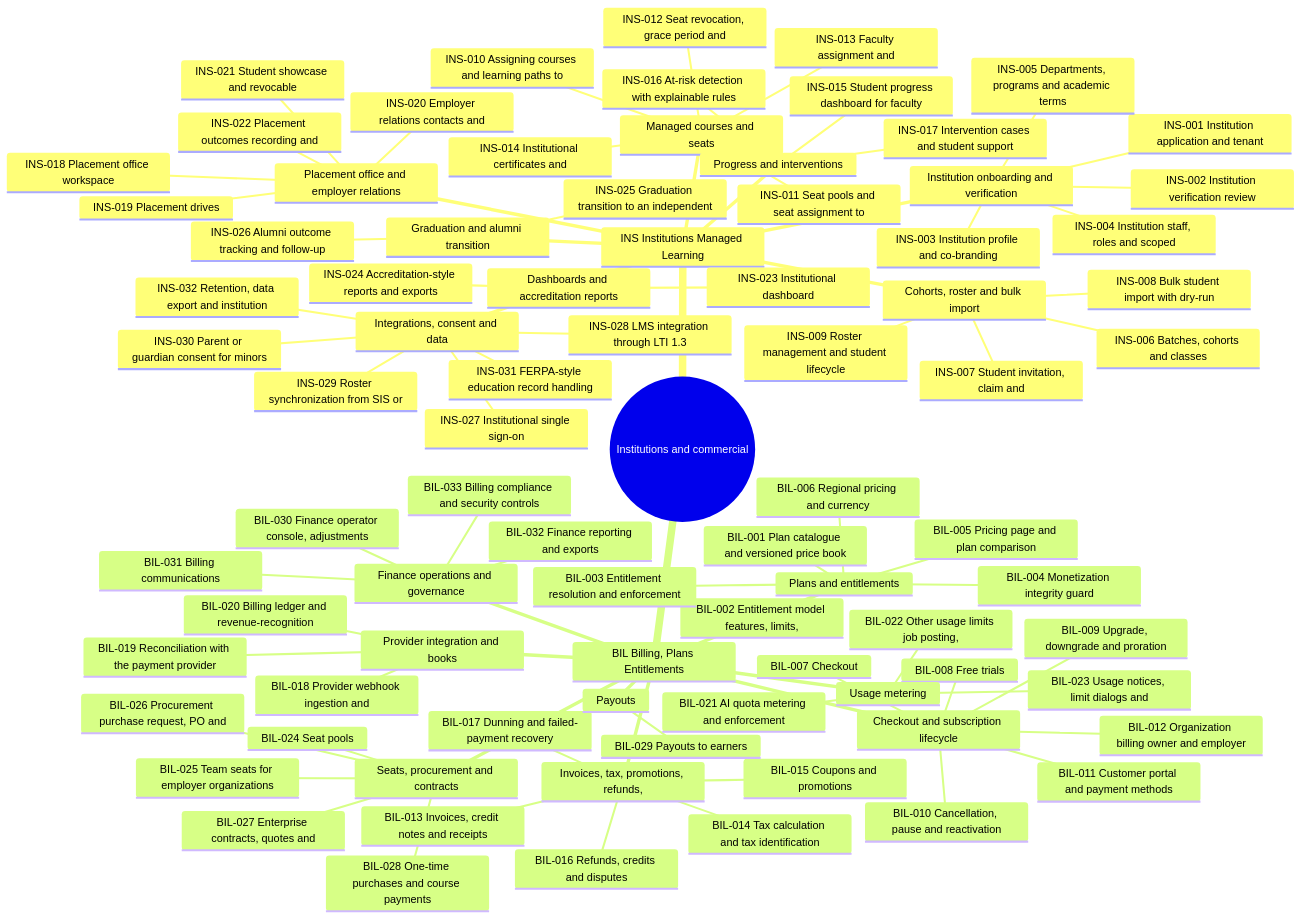
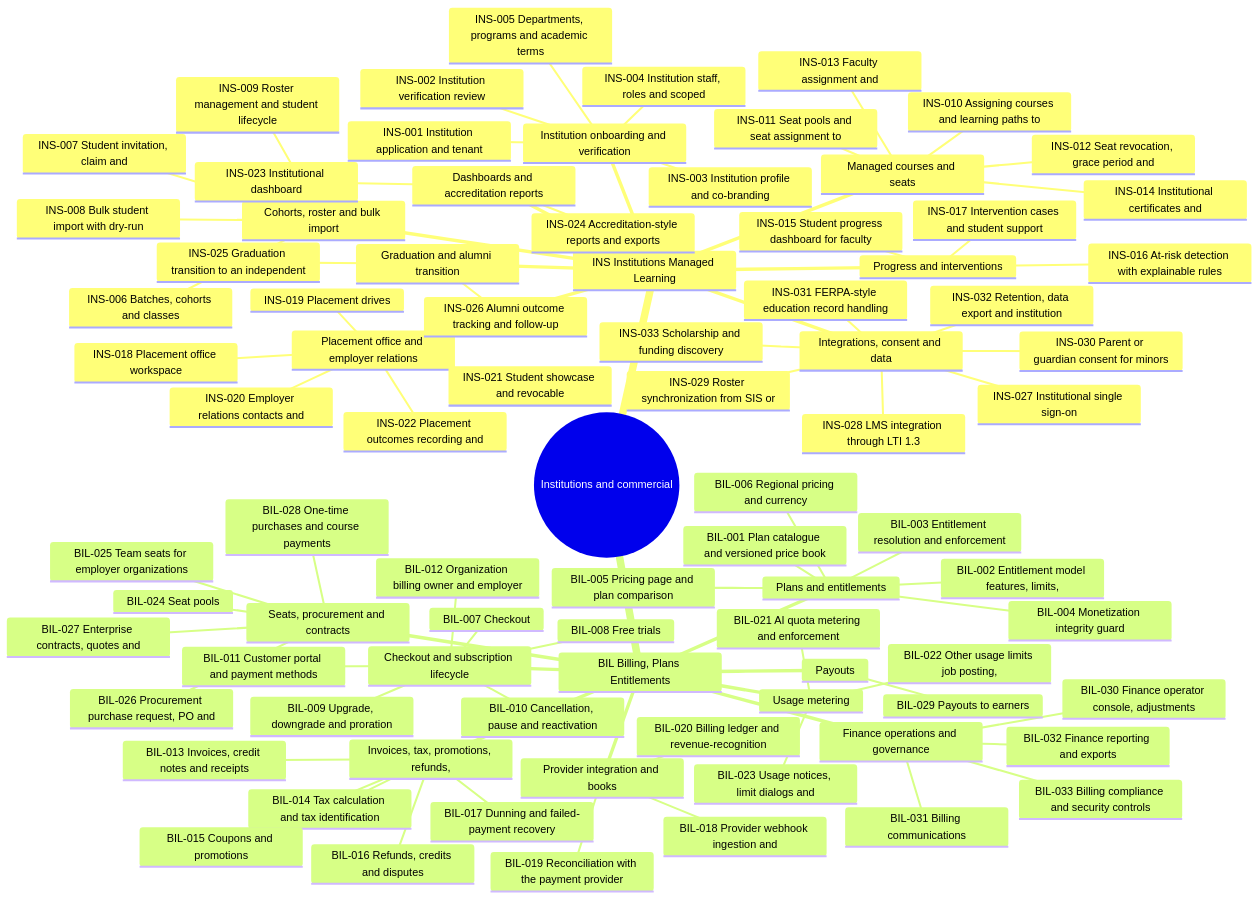
One commit to yhsomani/talentsphere-complete changed the diagram in PRODUCT_BLUEPRINT/10_MINDMAPS/06_INSTITUTIONS_COMMERCIAL.md. Above: the diagram before and after it, drawn with Mermaid. The commit also changed other lines of this file and 95 other files, not shown here.

```diff
--- a/PRODUCT_BLUEPRINT/10_MINDMAPS/06_INSTITUTIONS_COMMERCIAL.md
+++ b/PRODUCT_BLUEPRINT/10_MINDMAPS/06_INSTITUTIONS_COMMERCIAL.md
@@ -48,6 +48,7 @@
         INS-030 Parent or guardian consent for minors
         INS-031 FERPA-style education record handling
         INS-032 Retention, data export and institution
+        INS-033 Scholarship and funding discovery
     BIL Billing, Plans Entitlements
       Plans and entitlements
         BIL-001 Plan catalogue and versioned price book
```
